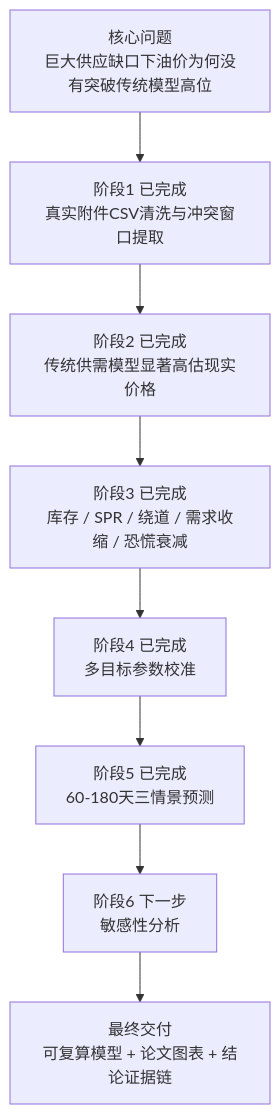
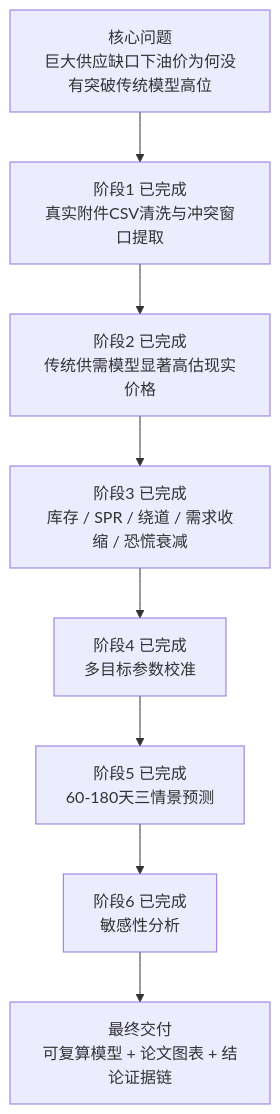
One commit to Timcai06/-A- changed the second of 3 diagrams in README.md. Above: the diagram before and after it, drawn with Mermaid. The commit also changed other lines of this file and 13 other files, not shown here.

````diff
--- a/README.md
+++ b/README.md
@@ -31,13 +31,13 @@
 ```mermaid
 flowchart TB
     Goal["核心问题<br/>巨大供应缺口下油价为何没有突破传统模型高位"]
     Data["阶段1 已完成<br/>真实附件CSV清洗与冲突窗口提取"]
     Baseline["阶段2 已完成<br/>传统供需模型显著高估现实价格"]
     Dynamic["阶段3 已完成<br/>库存 / SPR / 绕道 / 需求收缩 / 恐慌衰减"]
     Calibration["阶段4 已完成<br/>多目标参数校准"]
     Scenario["阶段5 已完成<br/>60-180天三情景预测"]
-    Sensitivity["阶段6 下一步<br/>敏感性分析"]
+    Sensitivity["阶段6 已完成<br/>敏感性分析"]
     Paper["最终交付<br/>可复算模型 + 论文图表 + 结论证据链"]
 
     Goal --> Data --> Baseline --> Dynamic --> Calibration --> Scenario --> Sensitivity --> Paper
 ```
````
